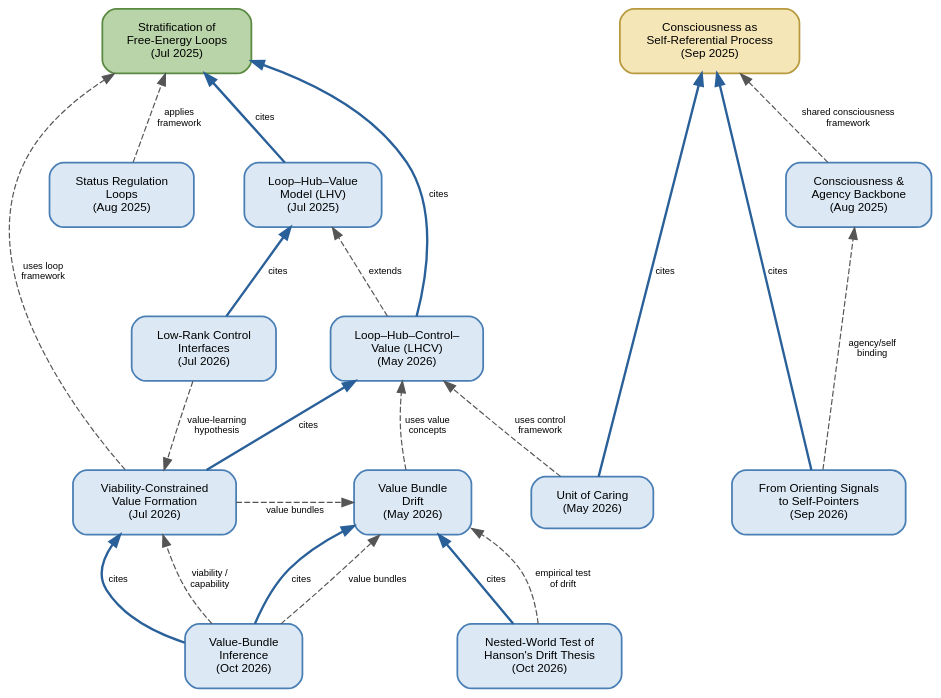
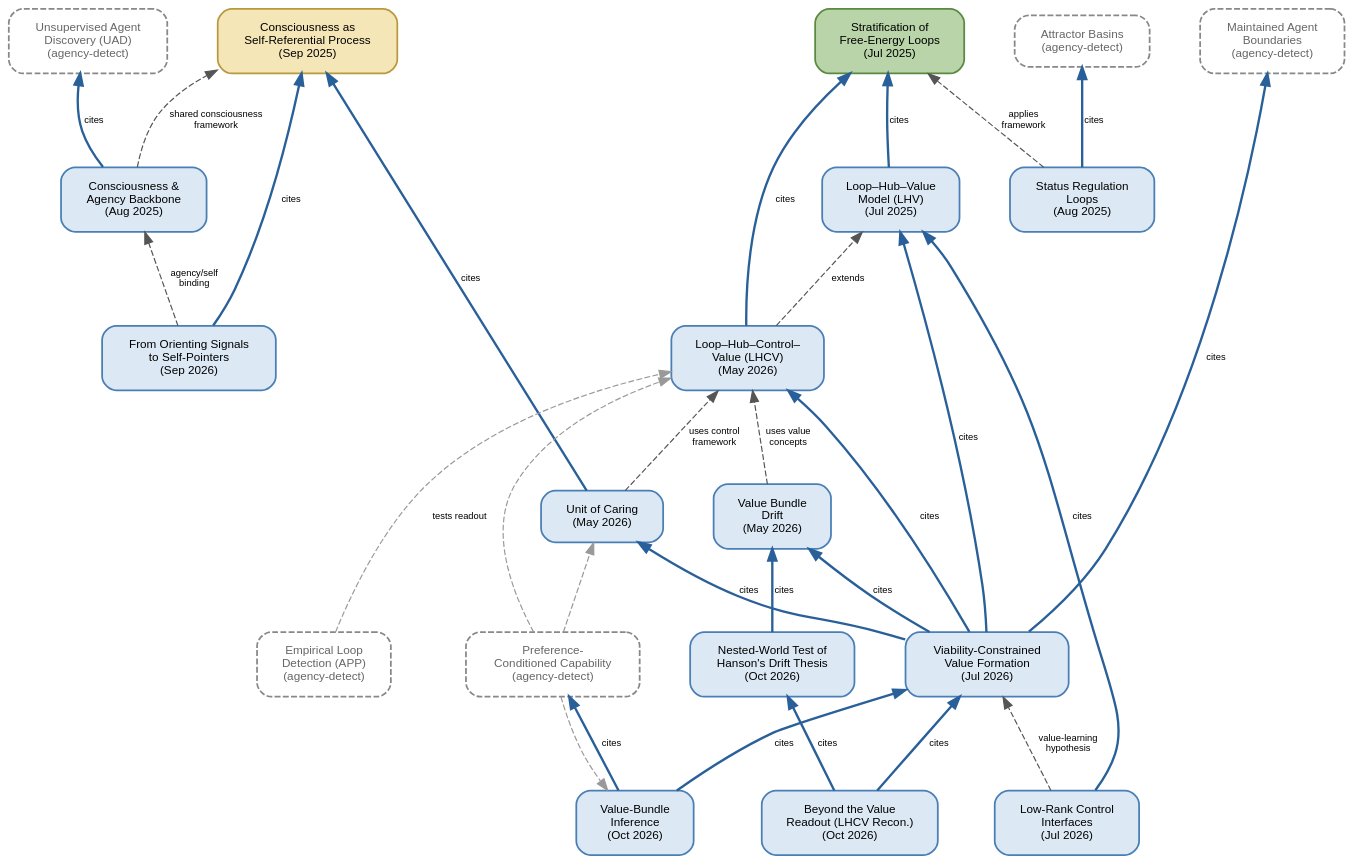
The diagram in papers/paper-references.dot (GunnarZarncke/brain-to-values), drawn with Graphviz before and after one commit. The commit also changed 16 other files, not shown here.

First line of the commit message:
Add LHCV reconstruction paper and cross-repo citation links.

```diff
--- a/papers/paper-references.dot
+++ b/papers/paper-references.dot
@@ -1,66 +1,85 @@
 digraph paper_references {
     rankdir=BT;
     bgcolor="transparent";
     pad=0.4;
     nodesep=0.6;
-    ranksep=0.8;
+    ranksep=0.85;
 
     node [
         shape=box, style="rounded,filled",
         fillcolor="#dce9f5", color="#4a7fb5",
         fontname="Helvetica", fontsize=10,
         margin="0.25,0.15", penwidth=1.5
     ];
     edge [fontname="Helvetica", fontsize=8, color="#555555"];
 
-    // Foundational papers (bottom tier)
+    // brain-to-values papers
     FEL  [label="Stratification of\nFree-Energy Loops\n(Jul 2025)", fillcolor="#b8d4a8", color="#5a8a42"];
     CSR  [label="Consciousness as\nSelf-Referential Process\n(Sep 2025)", fillcolor="#f5e6b8", color="#b89a3e"];
 
-    // Middle tier
+    LHV  [label="Loop–Hub–Value\nModel (LHV)\n(Jul 2025)"];
     SRL  [label="Status Regulation\nLoops\n(Aug 2025)"];
-    LHV  [label="Loop–Hub–Value\nModel (LHV)\n(Jul 2025)"];
     CAB  [label="Consciousness &\nAgency Backbone\n(Aug 2025)"];
 
-    // Upper-middle tier
     LHCV [label="Loop–Hub–Control–\nValue (LHCV)\n(May 2026)"];
-    LRCI [label="Low-Rank Control\nInterfaces\n(Jul 2026)"];
+    SP   [label="From Orienting Signals\nto Self-Pointers\n(Sep 2026)"];
 
-    // Upper tier
     VBD  [label="Value Bundle\nDrift\n(May 2026)"];
     UoC  [label="Unit of Caring\n(May 2026)"];
+
     VV   [label="Viability-Constrained\nValue Formation\n(Jul 2026)"];
-    SP   [label="From Orienting Signals\nto Self-Pointers\n(Sep 2026)"];
-    VBI  [label="Value-Bundle\nInference\n(Oct 2026)"];
     OHV  [label="Nested-World Test of\nHanson's Drift Thesis\n(Oct 2026)"];
 
-    { rank=same; SRL; LHV; CAB; }
-    { rank=same; LHCV; LRCI; }
-    { rank=same; VBD; UoC; VV; SP; }
-    { rank=same; VBI; OHV; }
+    LHCR [label="Beyond the Value\nReadout (LHCV Recon.)\n(Oct 2026)"];
+    LRCI [label="Low-Rank Control\nInterfaces\n(Jul 2026)"];
+    VBI  [label="Value-Bundle\nInference\n(Oct 2026)"];
 
-    // Explicit citations (solid)
+    // agency-detect (external; dashed border)
+    UAD  [label="Unsupervised Agent\nDiscovery (UAD)\n(agency-detect)", fillcolor="white", style="rounded,dashed", color="#888888", fontcolor="#666666"];
+    ABC  [label="Attractor Basins\n(agency-detect)", fillcolor="white", style="rounded,dashed", color="#888888", fontcolor="#666666"];
+    MBU  [label="Maintained Agent\nBoundaries\n(agency-detect)", fillcolor="white", style="rounded,dashed", color="#888888", fontcolor="#666666"];
+    APP  [label="Empirical Loop\nDetection (APP)\n(agency-detect)", fillcolor="white", style="rounded,dashed", color="#888888", fontcolor="#666666"];
+    PCC  [label="Preference-\nConditioned Capability\n(agency-detect)", fillcolor="white", style="rounded,dashed", color="#888888", fontcolor="#666666"];
+
+    { rank=max; FEL; CSR; UAD; ABC; MBU; }
+    { rank=same; LHV; SRL; CAB; }
+    { rank=same; LHCV; SP; }
+    { rank=same; VBD; UoC; }
+    { rank=same; VV; OHV; }
+    { rank=same; APP; PCC; }
+    { rank=min; LHCR; LRCI; VBI; }
+
+    // Explicit citations (solid); transitive edges omitted
     LHV  -> FEL  [label="cites", penwidth=2, color="#2a6099"];
     LHCV -> FEL  [label="cites", penwidth=2, color="#2a6099"];
+    VV   -> LHV  [label="cites", penwidth=2, color="#2a6099"];
+    VV   -> LHCV [label="cites", penwidth=2, color="#2a6099"];
+    VV   -> VBD  [label="cites", penwidth=2, color="#2a6099"];
+    VV   -> UoC  [label="cites", penwidth=2, color="#2a6099"];
+    VV   -> MBU  [label="cites", penwidth=2, color="#2a6099"];
     UoC  -> CSR  [label="cites", penwidth=2, color="#2a6099"];
-    VV   -> LHCV [label="cites", penwidth=2, color="#2a6099"];
+    CAB  -> UAD  [label="cites", penwidth=2, color="#2a6099"];
+    SRL  -> ABC  [label="cites", penwidth=2, color="#2a6099"];
     LRCI -> LHV  [label="cites", penwidth=2, color="#2a6099"];
     SP   -> CSR  [label="cites", penwidth=2, color="#2a6099"];
-    VBI  -> VBD  [label="cites", penwidth=2, color="#2a6099"];
     VBI  -> VV   [label="cites", penwidth=2, color="#2a6099"];
+    VBI  -> PCC  [label="cites", penwidth=2, color="#2a6099"];
     OHV  -> VBD  [label="cites", penwidth=2, color="#2a6099"];
+    LHCR -> VV   [label="cites", penwidth=2, color="#2a6099"];
+    LHCR -> OHV  [label="cites", penwidth=2, color="#2a6099"];
 
-    // Conceptual / extends (dashed)
+    // Cross-repo (dashed)
+    APP  -> LHCV [style=dashed, color="#999999", label="tests readout"];
+    PCC  -> LHCV [style=dashed, color="#999999"];
+    PCC  -> UoC  [style=dashed, color="#999999"];
+    PCC  -> VBI  [style=dashed, color="#999999"];
+
+    // Conceptual dependencies (dashed); transitive edges omitted
     LHCV -> LHV  [style=dashed, label="extends"];
     SRL  -> FEL  [style=dashed, label="applies\nframework"];
     VBD  -> LHCV [style=dashed, label="uses value\nconcepts"];
     UoC  -> LHCV [style=dashed, label="uses control\nframework"];
     CAB  -> CSR  [style=dashed, label="shared consciousness\nframework"];
-    VV   -> FEL  [style=dashed, label="uses loop\nframework"];
-    VV   -> VBD  [style=dashed, label="value bundles"];
     LRCI -> VV   [style=dashed, label="value-learning\nhypothesis"];
     SP   -> CAB  [style=dashed, label="agency/self\nbinding"];
-    VBI  -> VBD  [style=dashed, label="value bundles"];
-    VBI  -> VV   [style=dashed, label="viability /\ncapability"];
-    OHV  -> VBD  [style=dashed, label="empirical test\nof drift"];
 }
```
